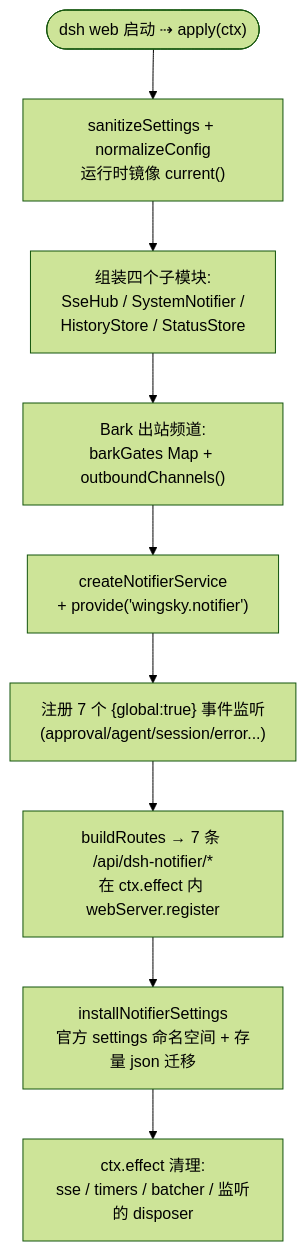
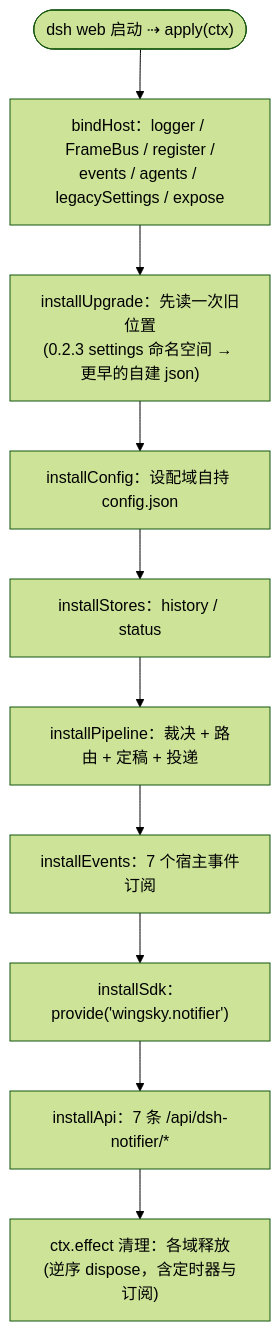
The first of 2 diagrams in docs/architecture/dsh-notifier.md (wingsky-1/dsh-plugin-hub), drawn with Mermaid (forest theme) before and after one commit. The commit also changed other lines of this file and 18 other files, not shown here.

First line of the commit message:
docs(dsh-notifier): #733 同步架构文档并清理重构期过期文档

````diff
--- a/docs/architecture/dsh-notifier.md
+++ b/docs/architecture/dsh-notifier.md
@@ -34,11 +37,12 @@
 ```mermaid
 flowchart TD
-    S(["dsh web 启动 ⇢ apply(ctx)"]) --> A["sanitizeSettings + normalizeConfig<br/>运行时镜像 current()"]
-    A --> B["组装四个子模块:<br/>SseHub / SystemNotifier /<br/>HistoryStore / StatusStore"]
-    B --> C["Bark 出站频道:<br/>barkGates Map + outboundChannels()"]
-    C --> D["createNotifierService<br/>+ provide('wingsky.notifier')"]
-    D --> E["注册 7 个 {global:true} 事件监听<br/>(approval/agent/session/error...)"]
-    E --> F["buildRoutes → 7 条 /api/dsh-notifier/*<br/>在 ctx.effect 内 webServer.register"]
-    F --> G["installNotifierSettings<br/>官方 settings 命名空间 + 存量 json 迁移"]
-    G --> H["ctx.effect 清理:<br/>sse / timers / batcher / 监听的 disposer"]
+    S(["dsh web 启动 ⇢ apply(ctx)"]) --> A["bindHost：logger / FrameBus / register /<br/>events / agents / legacySettings / expose"]
+    A --> B["installUpgrade：先读一次旧位置<br/>(0.2.3 settings 命名空间 → 更早的自建 json)"]
+    B --> C["installConfig：设配域自持 config.json"]
+    C --> D["installStores：history / status"]
+    D --> E["installPipeline：裁决 + 路由 + 定稿 + 投递"]
+    E --> F["installEvents：7 个宿主事件订阅"]
+    F --> G["installSdk：provide('wingsky.notifier')"]
+    G --> H["installApi：7 条 /api/dsh-notifier/*"]
+    H --> I["ctx.effect 清理：各域释放<br/>(逆序 dispose，含定时器与订阅)"]
 ```
````
